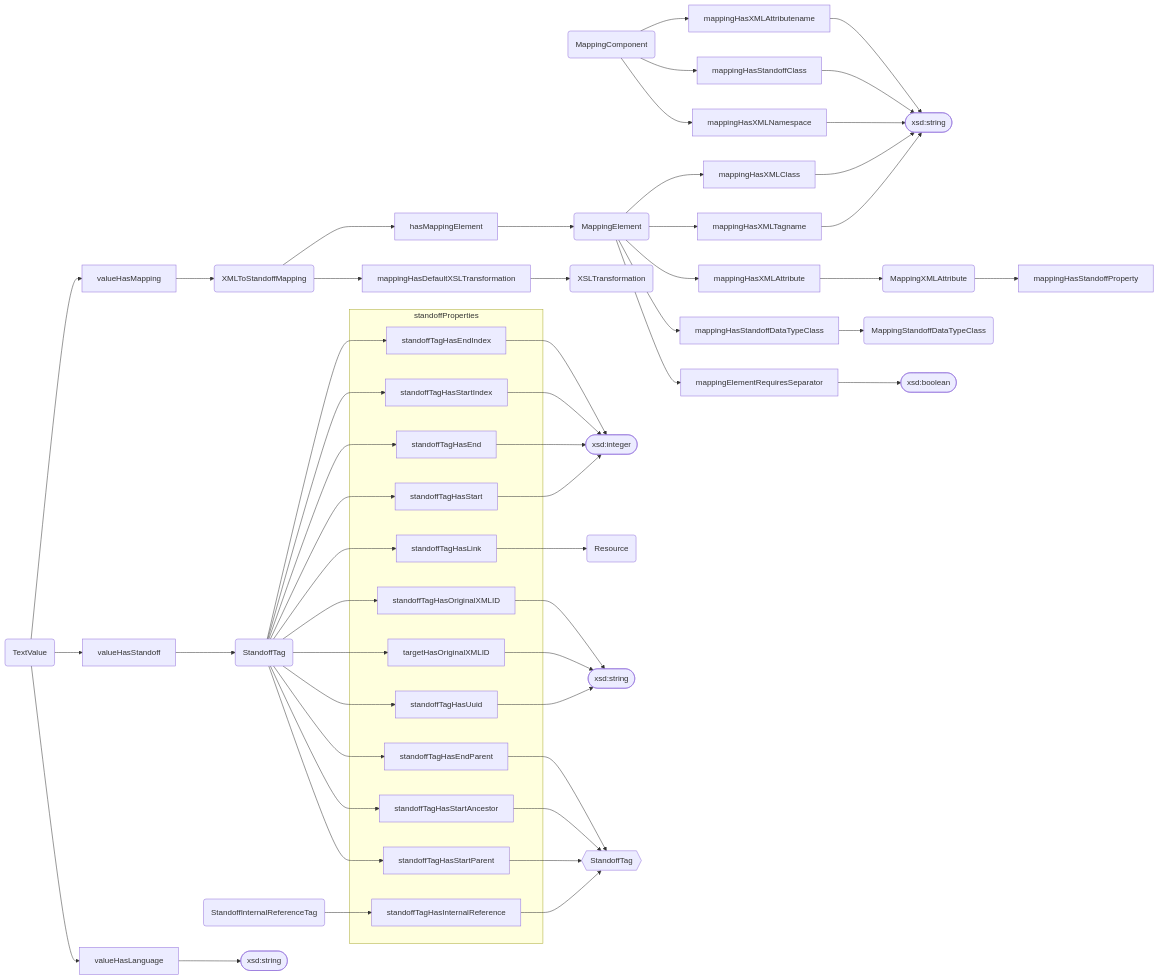
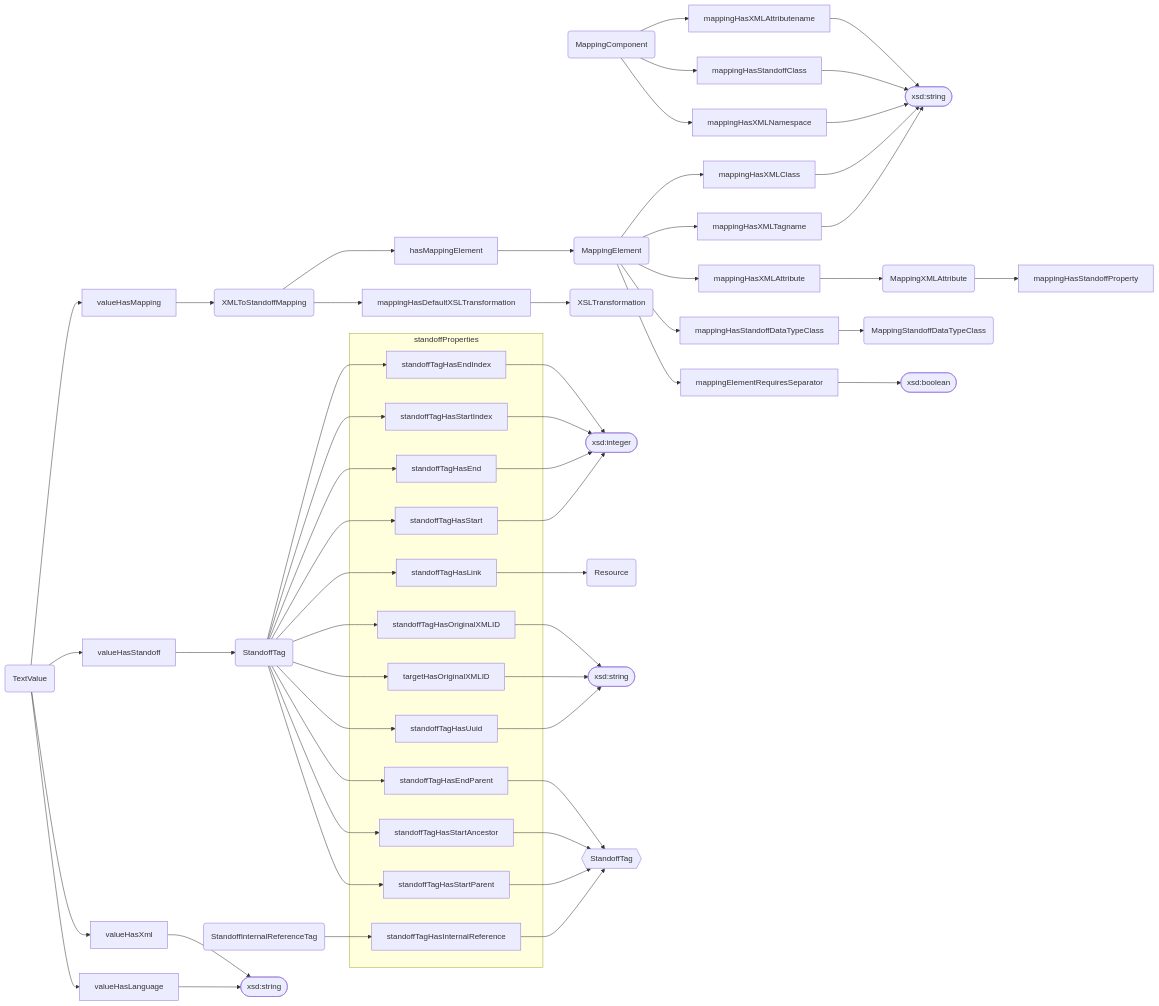
One commit to dasch-swiss/dsp-api changed the seventh of 9 diagrams in docs/05-internals/design/domain/class-and-property-hierarchies.md. Above: the diagram before and after it, drawn with Mermaid. The commit also changed other lines of this file and 13 other files, not shown here.

First line of the commit message:
feat: add valueHasXml predicate and canonical-XML helper (DEV-7325) (#4363)

````diff
--- a/docs/05-internals/design/domain/class-and-property-hierarchies.md
+++ b/docs/05-internals/design/domain/class-and-property-hierarchies.md
@@ -462,66 +464,67 @@
 ```mermaid
 flowchart LR
   %% Classes
   MappingComponent(MappingComponent)
   MappingElement(MappingElement)
   MappingXMLAttribute(MappingXMLAttribute)
   MappingStandoffDataTypeClass(MappingStandoffDataTypeClass)
   TextValue(TextValue)
   XMLToStandoffMapping(XMLToStandoffMapping)
   XSLTransformation(XSLTransformation)
   StandoffTag(StandoffTag)
   StandoffInternalReferenceTag(StandoffInternalReferenceTag)
   Resource(Resource)
 
   %% Duplicates
   _StandoffTag{{StandoffTag}}
 
   %% Values
   string1([xsd:string])
   string2([xsd:string])
   string3([xsd:string])
   boolean1([xsd:boolean])
   integer1([xsd:integer])
 
   %% Relations
   TextValue --> valueHasMapping --> XMLToStandoffMapping
   XMLToStandoffMapping --> hasMappingElement --> MappingElement
   XMLToStandoffMapping --> mappingHasDefaultXSLTransformation --> XSLTransformation
   TextValue --> valueHasStandoff --> StandoffTag
+  TextValue --> valueHasXml --> string3
   subgraph standoffProperties
     standoffTagHasEndIndex
     standoffTagHasStartIndex
     standoffTagHasEnd
     standoffTagHasStart
     standoffTagHasLink
     standoffTagHasOriginalXMLID
     targetHasOriginalXMLID
     standoffTagHasUuid
     standoffTagHasEndParent
     standoffTagHasStartAncestor
     standoffTagHasStartParent
     standoffTagHasInternalReference
   end
   StandoffTag --> standoffTagHasEndIndex --> integer1
   StandoffTag --> standoffTagHasStartIndex --> integer1
   StandoffTag --> standoffTagHasEnd --> integer1
   StandoffTag --> standoffTagHasStart --> integer1
   StandoffTag --> standoffTagHasLink --> Resource
   StandoffTag --> standoffTagHasOriginalXMLID --> string2
   StandoffTag --> targetHasOriginalXMLID --> string2
   StandoffTag --> standoffTagHasUuid --> string2
   StandoffTag --> standoffTagHasEndParent --> _StandoffTag
   StandoffTag --> standoffTagHasStartAncestor --> _StandoffTag
   StandoffTag --> standoffTagHasStartParent --> _StandoffTag
   StandoffInternalReferenceTag --> standoffTagHasInternalReference --> _StandoffTag
   TextValue --> valueHasLanguage --> string3
 
   MappingComponent --> mappingHasXMLAttributename --> string1
   MappingComponent --> mappingHasStandoffClass --> string1
   MappingComponent --> mappingHasXMLNamespace --> string1
   MappingElement --> mappingHasXMLClass --> string1
   MappingElement --> mappingHasXMLTagname --> string1
   MappingElement --> mappingHasXMLAttribute --> MappingXMLAttribute --> mappingHasStandoffProperty
   MappingElement --> mappingHasStandoffDataTypeClass --> MappingStandoffDataTypeClass
   MappingElement --> mappingElementRequiresSeparator --> boolean1
 ```
````
